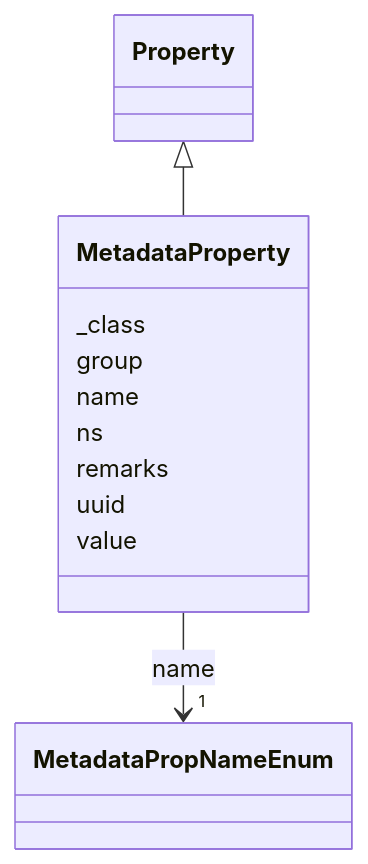
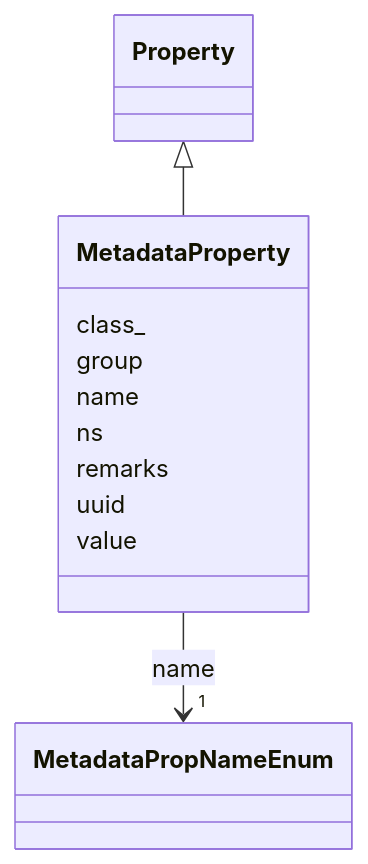
The diagram in project/mermaid/MetadataProperty.md (lmodel/oscal), drawn with Mermaid before and after one commit. The commit also changed 434 other files, not shown here.

Commit message:
fix(schema): stamp the modules for 1.2.3 and regenerate extended outputs

````diff
--- a/project/mermaid/MetadataProperty.md
+++ b/project/mermaid/MetadataProperty.md
@@ -4,32 +4,32 @@
 ```mermaid
  classDiagram
     class MetadataProperty
     click MetadataProperty href "../MetadataProperty"
       Property <|-- MetadataProperty
         click Property href "../Property"
       
-      MetadataProperty : _class
+      MetadataProperty : class_
         
       MetadataProperty : group
         
       MetadataProperty : name
         
           
     
         
         
         MetadataProperty --> "1" MetadataPropNameEnum : name
         click MetadataPropNameEnum href "../MetadataPropNameEnum"
     
 
         
       MetadataProperty : ns
         
       MetadataProperty : remarks
         
       MetadataProperty : uuid
         
       MetadataProperty : value
         
       
 ```
````
